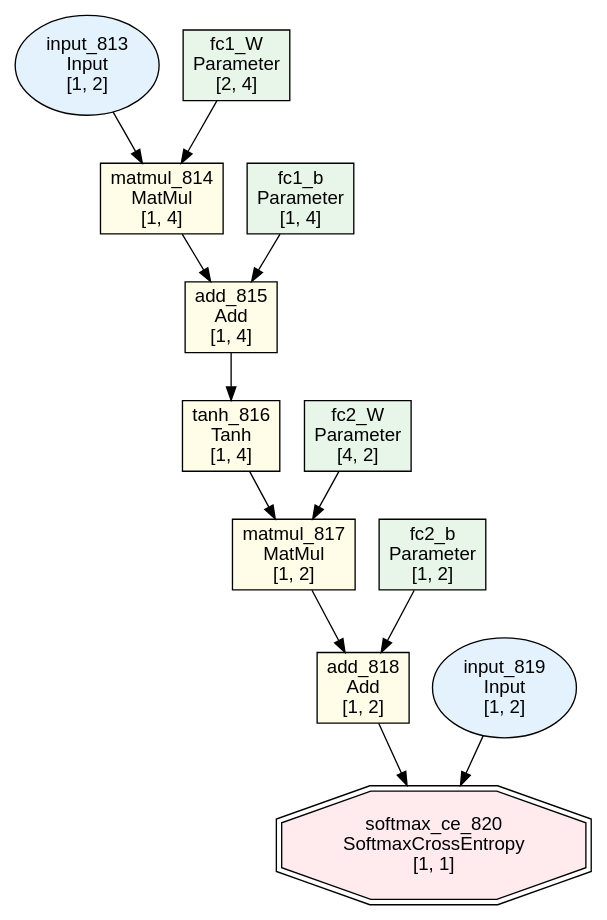
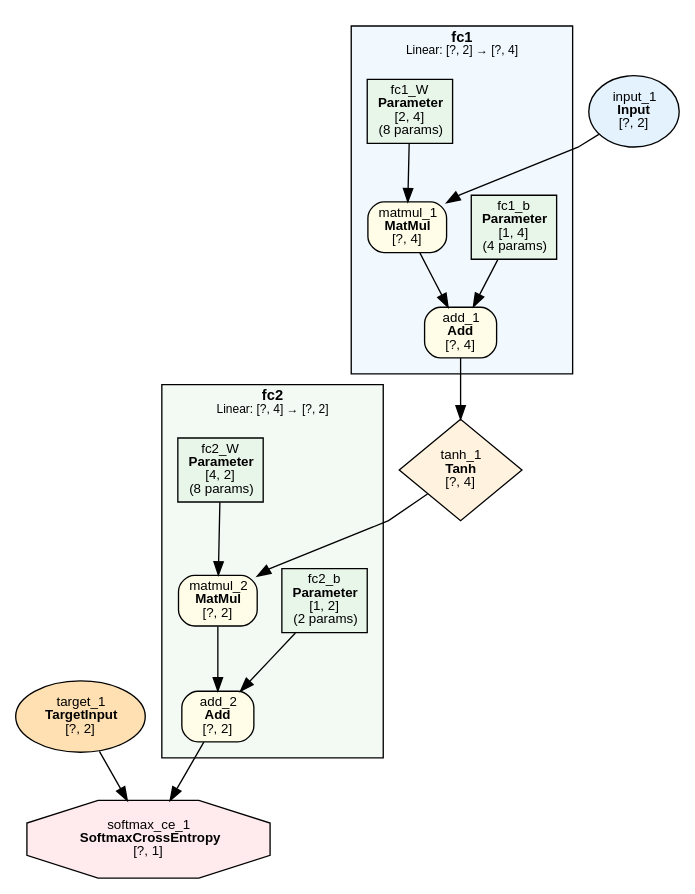
The diagram in examples/xor/xor.dot (dbsxdbsx/only_torch), drawn with Graphviz before and after one commit. The commit also changed 7 other files, not shown here.

First line of the commit message:
feat(nn): 动态图用户体验优化

```diff
--- a/examples/xor/xor.dot
+++ b/examples/xor/xor.dot
@@ -1,30 +1,50 @@
 digraph ComputeGraph {
     rankdir=TB;
+    newrank=true;
+    splines=polyline;
     node [fontname="Microsoft YaHei,SimHei,Arial"];
     edge [fontname="Microsoft YaHei,SimHei,Arial"];
 
-    n820 [label="softmax_ce_820\nSoftmaxCrossEntropy\n[1, 1]", shape=doubleoctagon, style=filled, fillcolor="#FFEBEE"];
-    n818 [label="add_818\nAdd\n[1, 2]", shape=box, style=filled, fillcolor="#FFFDE7"];
-    n819 [label="input_819\nInput\n[1, 2]", shape=ellipse, style=filled, fillcolor="#E3F2FD"];
-    n817 [label="matmul_817\nMatMul\n[1, 2]", shape=box, style=filled, fillcolor="#FFFDE7"];
-    n4 [label="fc2_b\nParameter\n[1, 2]", shape=box, style=filled, fillcolor="#E8F5E9"];
-    n816 [label="tanh_816\nTanh\n[1, 4]", shape=box, style=filled, fillcolor="#FFFDE7"];
-    n3 [label="fc2_W\nParameter\n[4, 2]", shape=box, style=filled, fillcolor="#E8F5E9"];
-    n815 [label="add_815\nAdd\n[1, 4]", shape=box, style=filled, fillcolor="#FFFDE7"];
-    n814 [label="matmul_814\nMatMul\n[1, 4]", shape=box, style=filled, fillcolor="#FFFDE7"];
-    n2 [label="fc1_b\nParameter\n[1, 4]", shape=box, style=filled, fillcolor="#E8F5E9"];
-    n813 [label="input_813\nInput\n[1, 2]", shape=ellipse, style=filled, fillcolor="#E3F2FD"];
-    n1 [label="fc1_W\nParameter\n[2, 4]", shape=box, style=filled, fillcolor="#E8F5E9"];
+    subgraph cluster_fc1 {
+        label=<<B>fc1</B><BR/><FONT POINT-SIZE="9">Linear: [?, 2] → [?, 4]</FONT>>;
+        style=filled;
+        fillcolor="#E3F2FD80";
+        fontname="Microsoft YaHei,SimHei,Arial";
+        fontsize=11;
+        margin=12;
+            "815" [label=<add_1<BR/><B>Add</B><BR/>[?, 4]> shape=box style="filled,rounded" fillcolor="#FFFDE7" fontsize=10];
+            "814" [label=<matmul_1<BR/><B>MatMul</B><BR/>[?, 4]> shape=box style="filled,rounded" fillcolor="#FFFDE7" fontsize=10];
+            "2" [label=<fc1_b<BR/><B>Parameter</B><BR/>[1, 4]<BR/>(4 params)> shape=box style=filled fillcolor="#E8F5E9" fontsize=10];
+            "1" [label=<fc1_W<BR/><B>Parameter</B><BR/>[2, 4]<BR/>(8 params)> shape=box style=filled fillcolor="#E8F5E9" fontsize=10];
+    }
 
-    n818 -> n820;
-    n819 -> n820;
-    n817 -> n818;
-    n4 -> n818;
-    n816 -> n817;
-    n3 -> n817;
-    n815 -> n816;
-    n814 -> n815;
-    n2 -> n815;
-    n813 -> n814;
-    n1 -> n814;
+    subgraph cluster_fc2 {
+        label=<<B>fc2</B><BR/><FONT POINT-SIZE="9">Linear: [?, 4] → [?, 2]</FONT>>;
+        style=filled;
+        fillcolor="#E8F5E980";
+        fontname="Microsoft YaHei,SimHei,Arial";
+        fontsize=11;
+        margin=12;
+            "818" [label=<add_2<BR/><B>Add</B><BR/>[?, 2]> shape=box style="filled,rounded" fillcolor="#FFFDE7" fontsize=10];
+            "817" [label=<matmul_2<BR/><B>MatMul</B><BR/>[?, 2]> shape=box style="filled,rounded" fillcolor="#FFFDE7" fontsize=10];
+            "4" [label=<fc2_b<BR/><B>Parameter</B><BR/>[1, 2]<BR/>(2 params)> shape=box style=filled fillcolor="#E8F5E9" fontsize=10];
+            "3" [label=<fc2_W<BR/><B>Parameter</B><BR/>[4, 2]<BR/>(8 params)> shape=box style=filled fillcolor="#E8F5E9" fontsize=10];
+    }
+
+    "820" [label=<softmax_ce_1<BR/><B>SoftmaxCrossEntropy</B><BR/>[?, 1]> shape=octagon style=filled fillcolor="#FFEBEE" fontsize=10];
+    "819" [label=<target_1<BR/><B>TargetInput</B><BR/>[?, 2]> shape=ellipse style=filled fillcolor="#FFE0B2" fontsize=10];
+    "816" [label=<tanh_1<BR/><B>Tanh</B><BR/>[?, 4]> shape=diamond style=filled fillcolor="#FFF3E0" fontsize=10];
+    "813" [label=<input_1<BR/><B>Input</B><BR/>[?, 2]> shape=ellipse style=filled fillcolor="#E3F2FD" fontsize=10];
+
+    "818" -> "820";
+    "819" -> "820";
+    "817" -> "818";
+    "4" -> "818";
+    "816" -> "817";
+    "3" -> "817";
+    "815" -> "816";
+    "814" -> "815";
+    "2" -> "815";
+    "813" -> "814";
+    "1" -> "814";
 }
```
